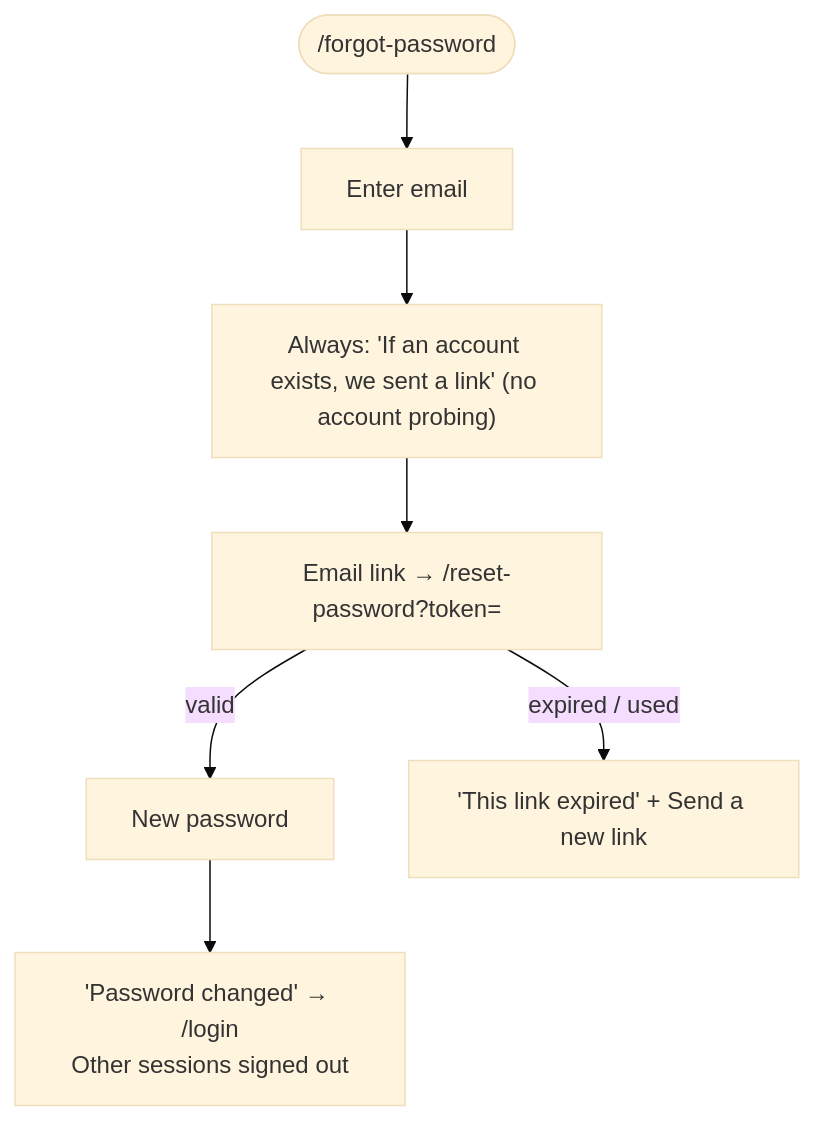
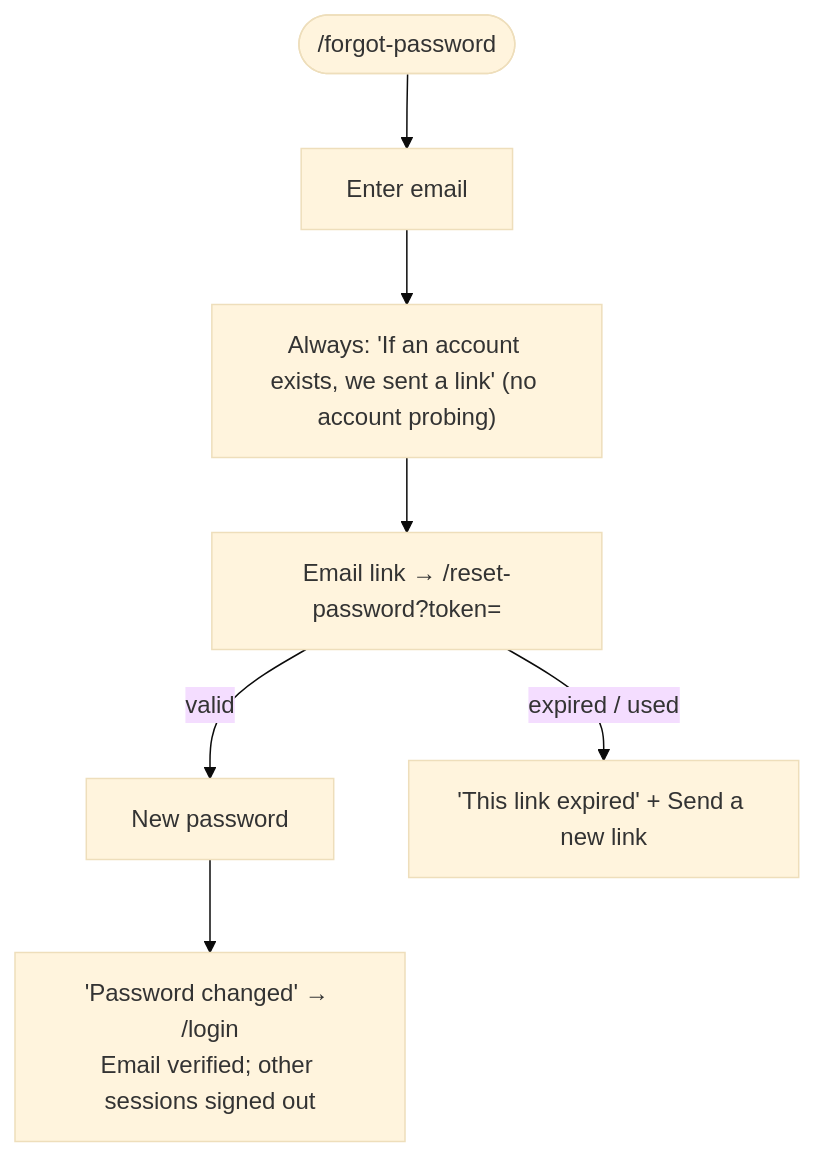
One commit to binhld98/AutoRecordLive changed diagram 11 of 11 in docs/user-flows.md. Above: the diagram before and after it, drawn with Mermaid (base theme). The commit also changed other lines of this file, not shown here.

Commit message:
docs: revise user flows after review

````diff
--- a/docs/user-flows.md
+++ b/docs/user-flows.md
@@ -183,8 +267,8 @@
 ```mermaid
 flowchart TD
   forgot(["/forgot-password"]) --> email["Enter email"]
   email --> sent["Always: 'If an account exists, we sent a link' (no account probing)"]
   sent --> link["Email link → /reset-password?token="]
-  link -- valid --> newpw["New password"] --> done["'Password changed' → /login<br/>Other sessions signed out"]
+  link -- valid --> newpw["New password"] --> done["'Password changed' → /login<br/>Email verified; other sessions signed out"]
   link -- "expired / used" --> bad["'This link expired' + Send a new link"]
 ```
````
